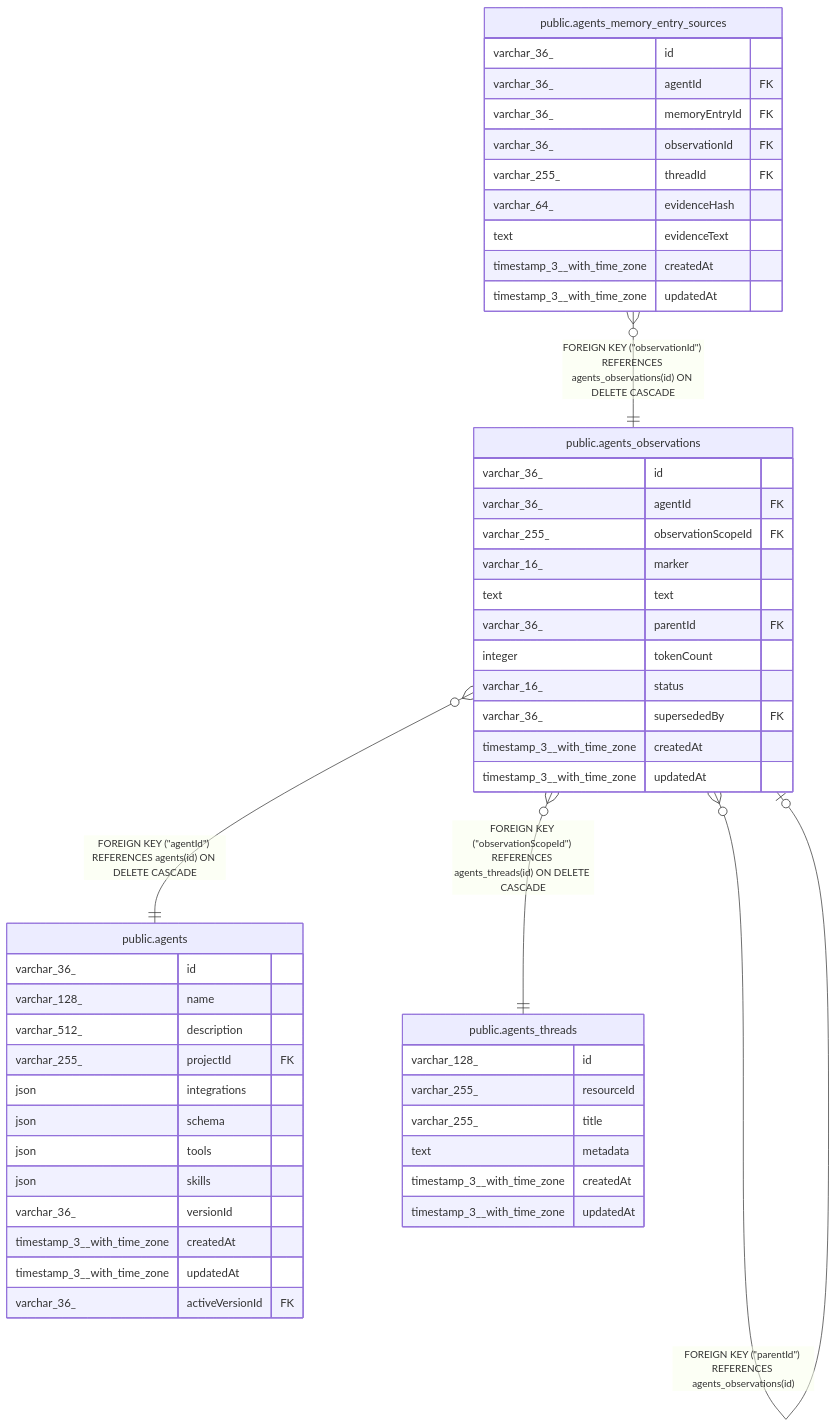
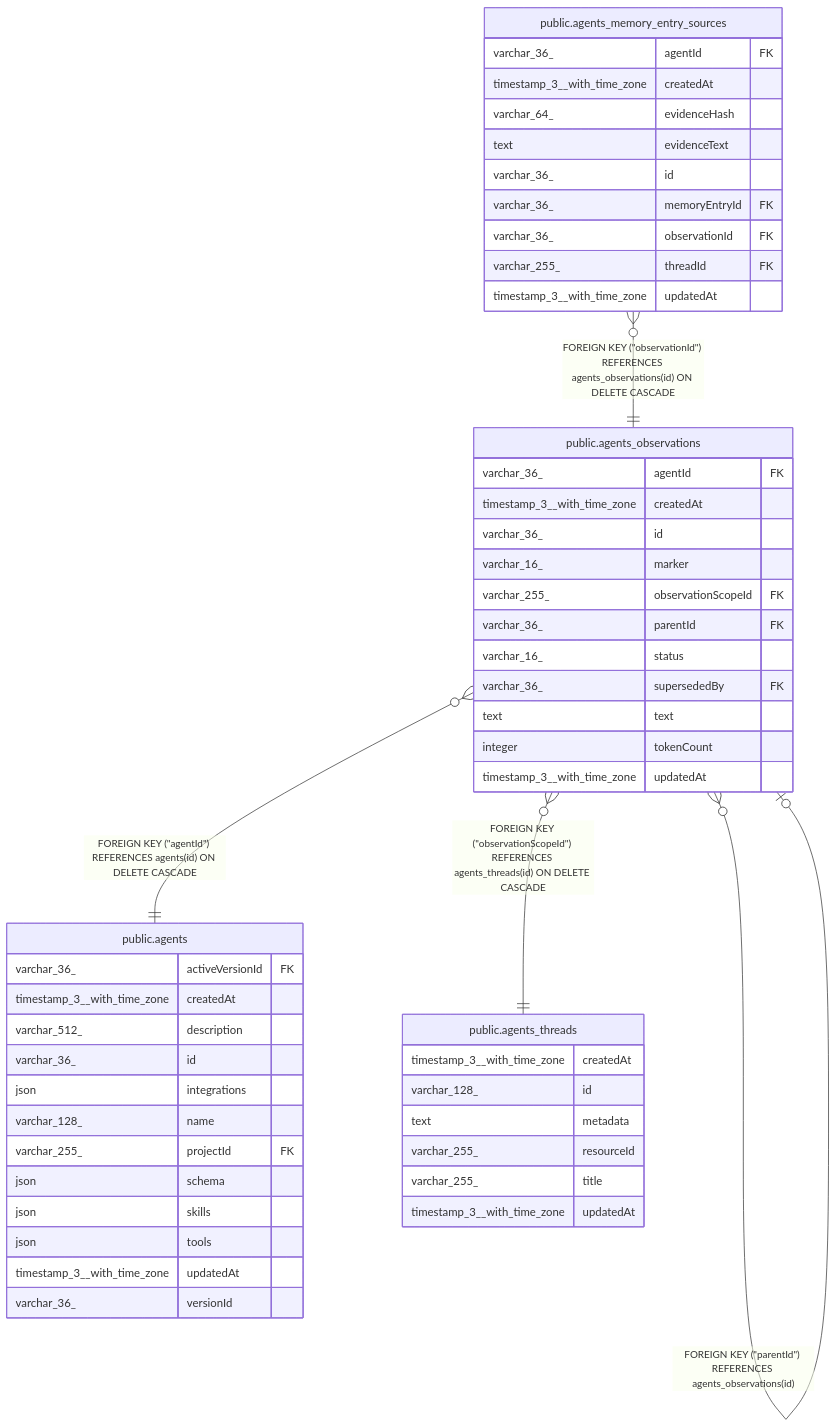
One commit to mayankjain1815-commits/n8n changed the diagram in docs/generated/postgres-schema/public.agents_observations.md. Above: the diagram before and after it, drawn with Mermaid. The commit also changed other lines of this file and 221 other files, not shown here.

Commit message:
chore(core): Make DB schema docs generation deterministic (#32373)

````diff
--- a/docs/generated/postgres-schema/public.agents_observations.md
+++ b/docs/generated/postgres-schema/public.agents_observations.md
@@ -52,56 +52,56 @@
 ```mermaid
 erDiagram
 
+"public.agents_observations" }o--|| "public.agents" : "FOREIGN KEY (#quot;agentId#quot;) REFERENCES agents(id) ON DELETE CASCADE"
+"public.agents_memory_entry_sources" }o--|| "public.agents_observations" : "FOREIGN KEY (#quot;observationId#quot;) REFERENCES agents_observations(id) ON DELETE CASCADE"
 "public.agents_observations" }o--o| "public.agents_observations" : "FOREIGN KEY (#quot;supersededBy#quot;) REFERENCES agents_observations(id)"
 "public.agents_observations" }o--o| "public.agents_observations" : "FOREIGN KEY (#quot;parentId#quot;) REFERENCES agents_observations(id)"
-"public.agents_memory_entry_sources" }o--|| "public.agents_observations" : "FOREIGN KEY (#quot;observationId#quot;) REFERENCES agents_observations(id) ON DELETE CASCADE"
-"public.agents_observations" }o--|| "public.agents" : "FOREIGN KEY (#quot;agentId#quot;) REFERENCES agents(id) ON DELETE CASCADE"
 "public.agents_observations" }o--|| "public.agents_threads" : "FOREIGN KEY (#quot;observationScopeId#quot;) REFERENCES agents_threads(id) ON DELETE CASCADE"
 
 "public.agents_observations" {
+  varchar_36_ agentId FK
+  timestamp_3__with_time_zone createdAt
   varchar_36_ id
-  varchar_36_ agentId FK
+  varchar_16_ marker
   varchar_255_ observationScopeId FK
-  varchar_16_ marker
-  text text
   varchar_36_ parentId FK
-  integer tokenCount
   varchar_16_ status
   varchar_36_ supersededBy FK
-  timestamp_3__with_time_zone createdAt
+  text text
+  integer tokenCount
   timestamp_3__with_time_zone updatedAt
 }
+"public.agents" {
+  varchar_36_ activeVersionId FK
+  timestamp_3__with_time_zone createdAt
+  varchar_512_ description
+  varchar_36_ id
+  json integrations
+  varchar_128_ name
+  varchar_255_ projectId FK
+  json schema
+  json skills
+  json tools
+  timestamp_3__with_time_zone updatedAt
+  varchar_36_ versionId
+}
 "public.agents_memory_entry_sources" {
+  varchar_36_ agentId FK
+  timestamp_3__with_time_zone createdAt
+  varchar_64_ evidenceHash
+  text evidenceText
   varchar_36_ id
-  varchar_36_ agentId FK
   varchar_36_ memoryEntryId FK
   varchar_36_ observationId FK
   varchar_255_ threadId FK
-  varchar_64_ evidenceHash
-  text evidenceText
-  timestamp_3__with_time_zone createdAt
   timestamp_3__with_time_zone updatedAt
 }
-"public.agents" {
-  varchar_36_ id
-  varchar_128_ name
-  varchar_512_ description
-  varchar_255_ projectId FK
-  json integrations
-  json schema
-  json tools
-  json skills
-  varchar_36_ versionId
+"public.agents_threads" {
   timestamp_3__with_time_zone createdAt
-  timestamp_3__with_time_zone updatedAt
-  varchar_36_ activeVersionId FK
-}
-"public.agents_threads" {
   varchar_128_ id
+  text metadata
   varchar_255_ resourceId
   varchar_255_ title
-  text metadata
-  timestamp_3__with_time_zone createdAt
   timestamp_3__with_time_zone updatedAt
 }
 ```
````
